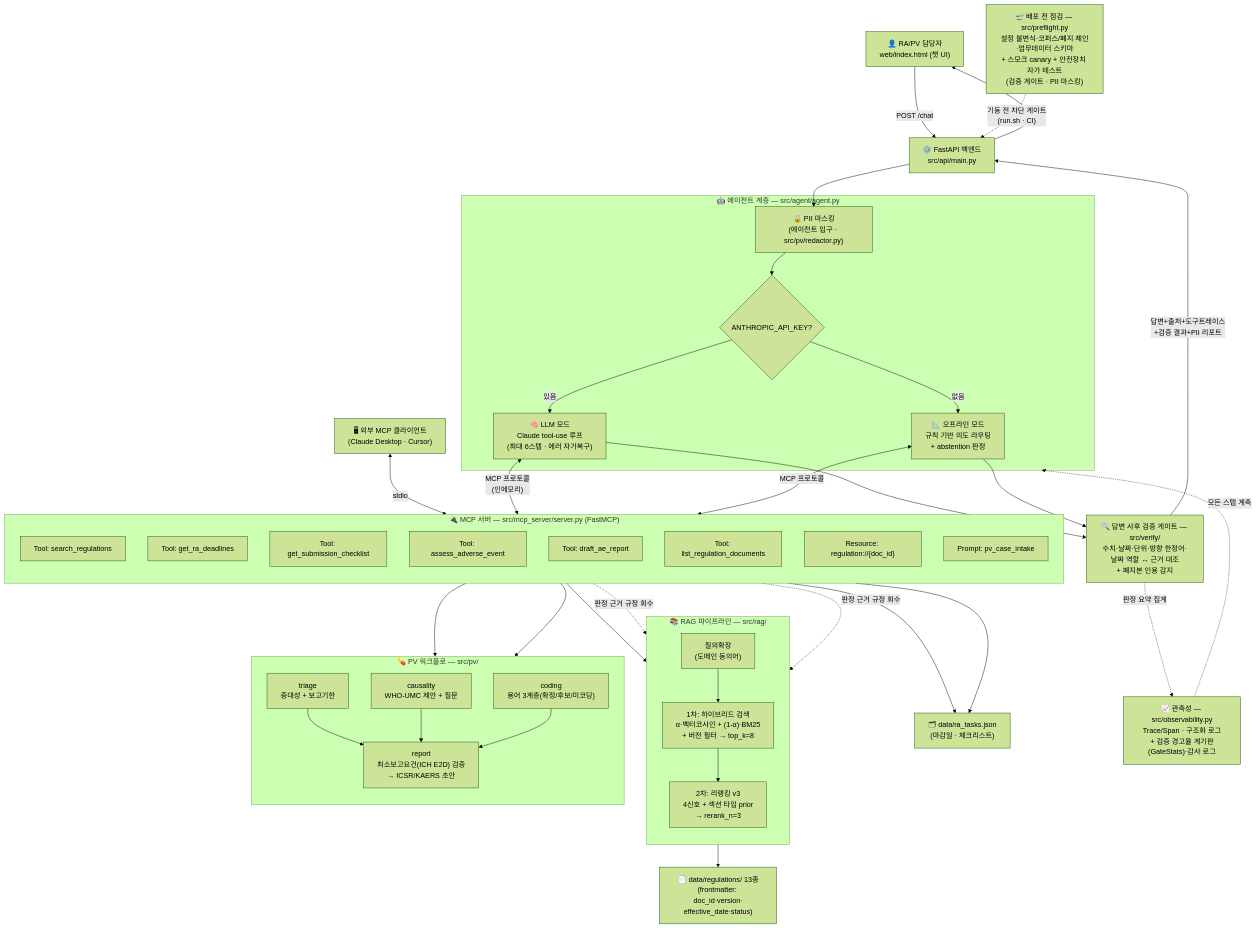
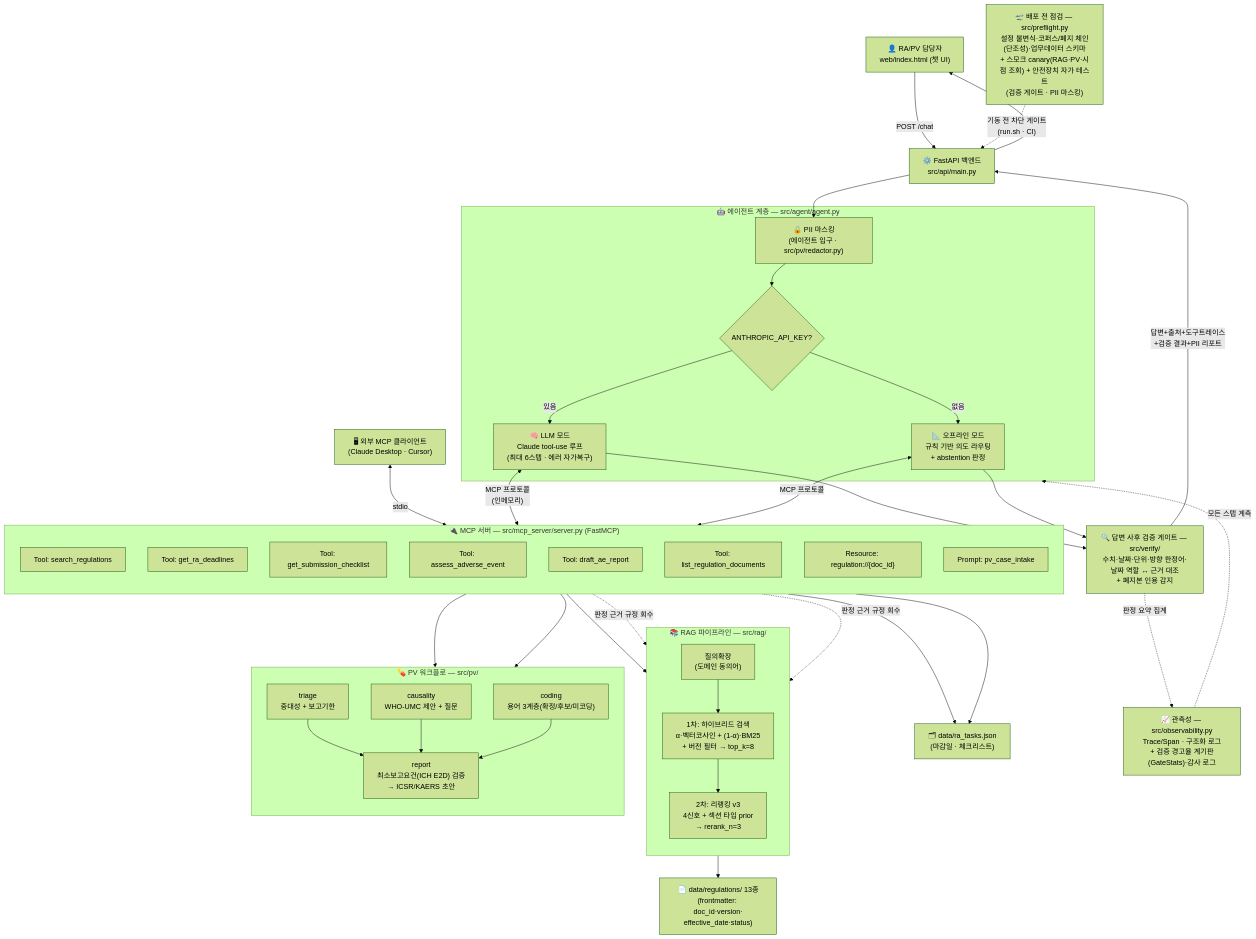
One commit to chaeyoo/letsgogc changed the first of 4 diagrams in project/description/아키텍처.md. Above: the diagram before and after it, drawn with Mermaid (forest theme). The commit also changed other lines of this file and 17 other files, not shown here.

````diff
--- a/project/description/아키텍처.md
+++ b/project/description/아키텍처.md
@@ -10,61 +10,61 @@
 ```mermaid
 flowchart TB
     U["👤 RA/PV 담당자<br/>web/index.html (챗 UI)"] -->|"POST /chat"| API["⚙️ FastAPI 백엔드<br/>src/api/main.py"]
     EXT["🖥 외부 MCP 클라이언트<br/>(Claude Desktop · Cursor)"] <-->|"stdio"| MCP
 
     API --> RED["🔒 PII 마스킹<br/>(에이전트 입구 · src/pv/redactor.py)"]
 
     subgraph AGENT["🤖 에이전트 계층 — src/agent/agent.py"]
         RED --> MODE{"ANTHROPIC_API_KEY?"}
         MODE -->|있음| LLMM["🧠 LLM 모드<br/>Claude tool-use 루프<br/>(최대 6스텝 · 에러 자가복구)"]
         MODE -->|없음| OFF["📐 오프라인 모드<br/>규칙 기반 의도 라우팅<br/>+ abstention 판정"]
     end
 
     LLMM <-->|"MCP 프로토콜<br/>(인메모리)"| MCP
     OFF <-->|"MCP 프로토콜"| MCP
 
     subgraph MCP["🔌 MCP 서버 — src/mcp_server/server.py (FastMCP)"]
         direction TB
         T1["Tool: search_regulations"]
         T2["Tool: get_ra_deadlines"]
         T3["Tool: get_submission_checklist"]
         T4["Tool: assess_adverse_event"]
         T5["Tool: draft_ae_report"]
         T6["Tool: list_regulation_documents"]
         R1["Resource: regulation://{doc_id}"]
         P1["Prompt: pv_case_intake"]
     end
 
     T1 --> RAGP
     T4 --> PVW
     T5 --> PVW
     T4 -.->|"판정 근거 규정 회수"| RAGP
     T5 -.->|"판정 근거 규정 회수"| RAGP
     T2 --> DB["🗂 data/ra_tasks.json<br/>(마감일 · 체크리스트)"]
     T3 --> DB
 
     subgraph RAGP["📚 RAG 파이프라인 — src/rag/"]
         direction TB
         QE["질의확장<br/>(도메인 동의어)"] --> HY["1차: 하이브리드 검색<br/>α·벡터코사인 + (1-α)·BM25<br/>+ 버전 필터 → top_k=8"]
         HY --> RR["2차: 리랭킹 v3<br/>4신호 + 섹션 타입 prior<br/>→ rerank_n=3"]
     end
 
     subgraph PVW["💊 PV 워크플로 — src/pv/"]
         direction TB
         TR["triage<br/>중대성 + 보고기한"] --> RP["report<br/>최소보고요건(ICH E2D) 검증<br/>→ ICSR/KAERS 초안"]
         CA["causality<br/>WHO-UMC 제안 + 질문"] --> RP
         CO["coding<br/>용어 3계층(확정/후보/미코딩)"] --> RP
     end
 
     RAGP --> DOCS["📄 data/regulations/ 13종<br/>(frontmatter: doc_id·version·<br/>effective_date·status)"]
 
     LLMM --> VER
     OFF --> VER
     VER["🔍 답변 사후 검증 게이트 — src/verify/<br/>수치·날짜·단위·방향 한정어·날짜 역할 ↔ 근거 대조<br/>+ 폐지본 인용 감지"] -->|"답변+출처+도구트레이스<br/>+검증 결과+PII 리포트"| API
     API --> U
 
     OBS["📈 관측성 — src/observability.py<br/>Trace/Span · 구조화 로그<br/>+ 검증 경고율 계기판(GateStats)·감사 로그"] -.모든 스텝 계측.-> AGENT
     VER -. 판정 요약 집계 .-> OBS
 
-    PRE["🛫 배포 전 점검 — src/preflight.py<br/>설정 불변식·코퍼스/폐지 체인·업무데이터 스키마<br/>+ 스모크 canary + 안전장치 자가 테스트<br/>(검증 게이트 · PII 마스킹)"] -. "기동 전 차단 게이트<br/>(run.sh · CI)" .-> API
+    PRE["🛫 배포 전 점검 — src/preflight.py<br/>설정 불변식·코퍼스/폐지 체인(단조성)·업무데이터 스키마<br/>+ 스모크 canary(RAG·PV·시점 조회) + 안전장치 자가 테스트<br/>(검증 게이트 · PII 마스킹)"] -. "기동 전 차단 게이트<br/>(run.sh · CI)" .-> API
 ```
````
